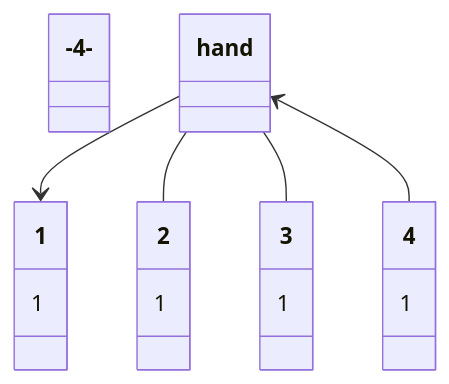
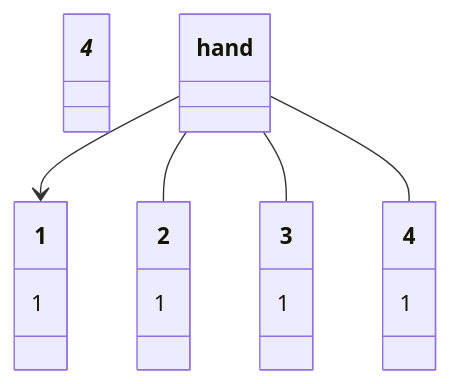
Diagram 25 of 37 in README.md (sadmanca/ece344), drawn with Mermaid before and after one commit. The commit also changed other lines of this file, not shown here.

````diff
--- a/README.md
+++ b/README.md
@@ -7723,24 +7725,24 @@
 ```mermaid
 classDiagram
-    class -4-
+    class _4_
 
     hand --> 1
     hand -- 2
     hand -- 3
-    hand <-- 4
+    hand -- 4
 
     class hand {
     }
     class 1 {
       1
     }
     class 2 {
       1
    }
    class 3 {
       1
    }
    class 4 {
       1
    }
 ```
````
